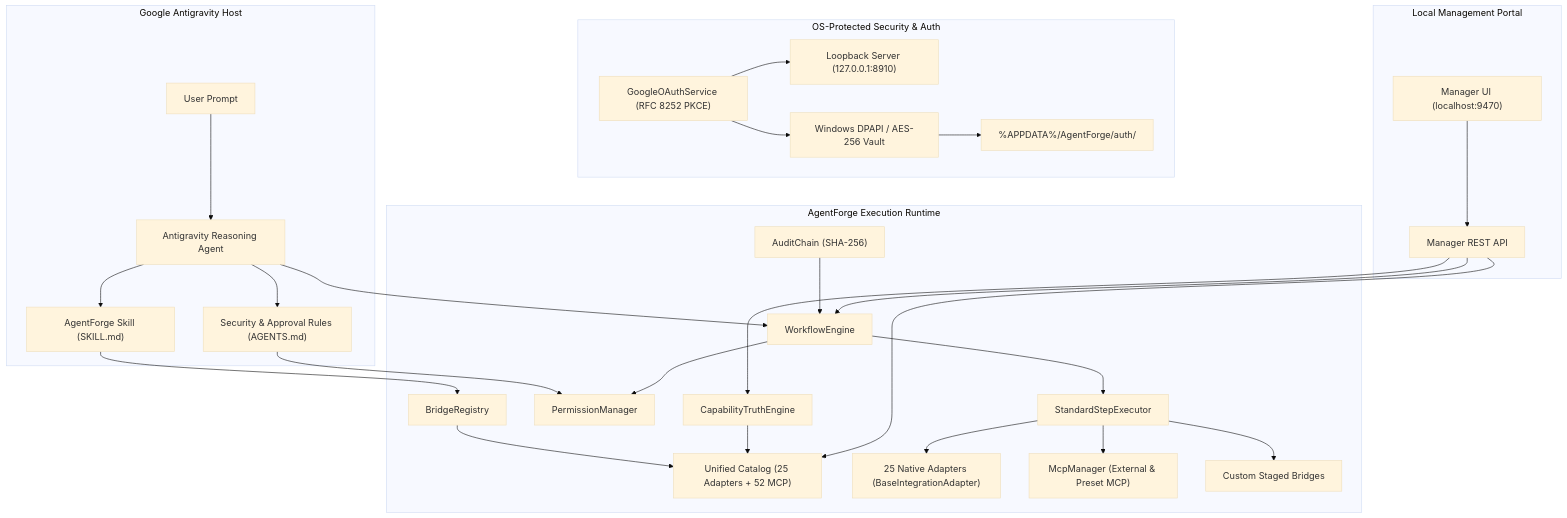
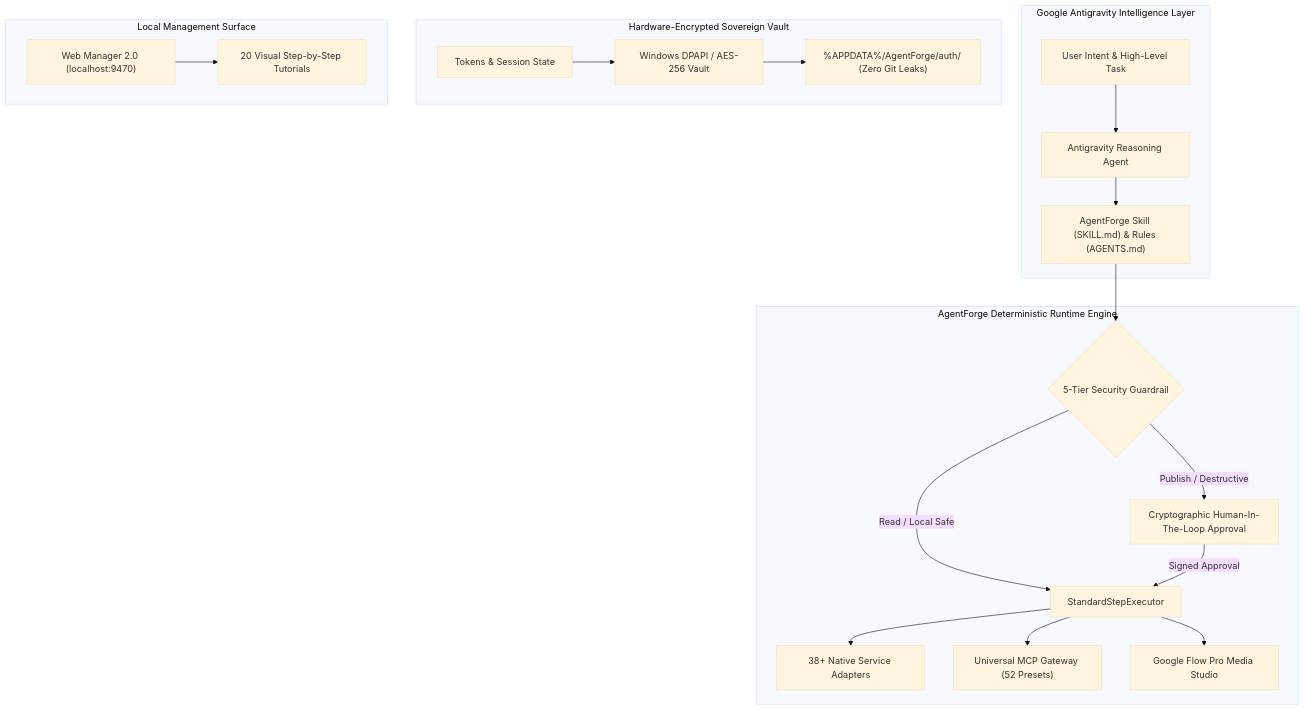
One commit to HamzaShaikhAI/AgentForge changed the diagram in README.md. Above: the diagram before and after it, drawn with Mermaid (base theme). The commit also changed other lines of this file and 144 other files, not shown here.

Commit message:
release: v1.1.0 stable - Google Flow Studio, 38+ native bridges, Web Manager 2.0 with Tutorials, and zero-leak security

````diff
--- a/README.md
+++ b/README.md
@@ -67,38 +47,27 @@
 ```mermaid
 flowchart TD
-    subgraph Host["Google Antigravity Host"]
-        User["User Prompt"] --> Agent["Antigravity Reasoning Agent"]
-        Agent --> Skill["AgentForge Skill (SKILL.md)"]
-        Agent --> Rules["Security & Approval Rules (AGENTS.md)"]
+    subgraph Host["Google Antigravity Intelligence Layer"]
+        User["User Intent & High-Level Task"] --> Brain["Antigravity Reasoning Agent"]
+        Brain --> Policy["AgentForge Skill (SKILL.md) & Rules (AGENTS.md)"]
     end
 
-    subgraph Core["AgentForge Execution Runtime"]
-        Skill --> Registry["BridgeRegistry"]
-        Rules --> Perms["PermissionManager"]
-        Agent --> Engine["WorkflowEngine"]
+    subgraph Core["AgentForge Deterministic Runtime Engine"]
+        Policy --> Perms{"5-Tier Security Guardrail"}
+        Perms -- "Read / Local Safe" --> Exec["StandardStepExecutor"]
+        Perms -- "Publish / Destructive" --> Gate["Cryptographic Human-In-The-Loop Approval"]
+        Gate -- "Signed Approval" --> Exec
 
-        Registry --> Catalog["Unified Catalog (25 Adapters + 52 MCP)"]
-        Engine --> Perms
-        Engine --> Router["StandardStepExecutor"]
-
-        Router --> Adapters["25 Native Adapters (BaseIntegrationAdapter)"]
-        Router --> McpRouter["McpManager (External & Preset MCP)"]
-        Router --> CustomExec["Custom Staged Bridges"]
-
-        Truth["CapabilityTruthEngine"] --> Catalog
-        Audit["AuditChain (SHA-256)"] --> Engine
+        Exec --> Bridges["38+ Native Service Adapters"]
+        Exec --> MCPGateway["Universal MCP Gateway (52 Presets)"]
+        Exec --> Studio["Google Flow Pro Media Studio"]
     end
 
-    subgraph SecuritySubsystem["OS-Protected Security & Auth"]
-        OAuth["GoogleOAuthService (RFC 8252 PKCE)"] --> Loopback["Loopback Server (127.0.0.1:8910)"]
-        OAuth --> DPAPI["Windows DPAPI / AES-256 Vault"]
-        DPAPI --> Storage["%APPDATA%/AgentForge/auth/"]
+    subgraph Vault["Hardware-Encrypted Sovereign Vault"]
+        Keys["Tokens & Session State"] --> DPAPI["Windows DPAPI / AES-256 Vault"]
+        DPAPI --> Storage["%APPDATA%/AgentForge/auth/ (Zero Git Leaks)"]
     end
 
-    subgraph UI["Local Management Portal"]
-        Manager["Manager UI (localhost:9470)"] --> API["Manager REST API"]
-        API --> Engine
-        API --> Catalog
-        API --> Truth
+    subgraph Portal["Local Management Surface"]
+        Manager["Web Manager 2.0 (localhost:9470)"] --> Visuals["20 Visual Step-by-Step Tutorials"]
     end
 ```
````
